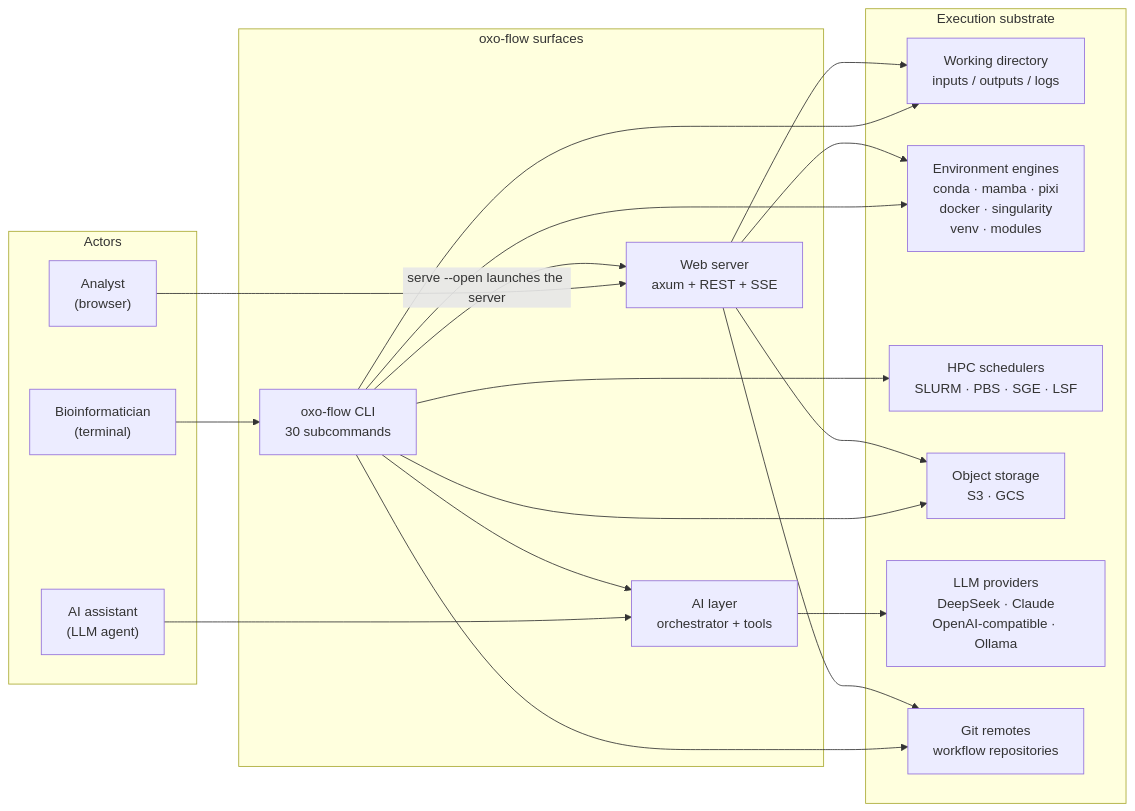
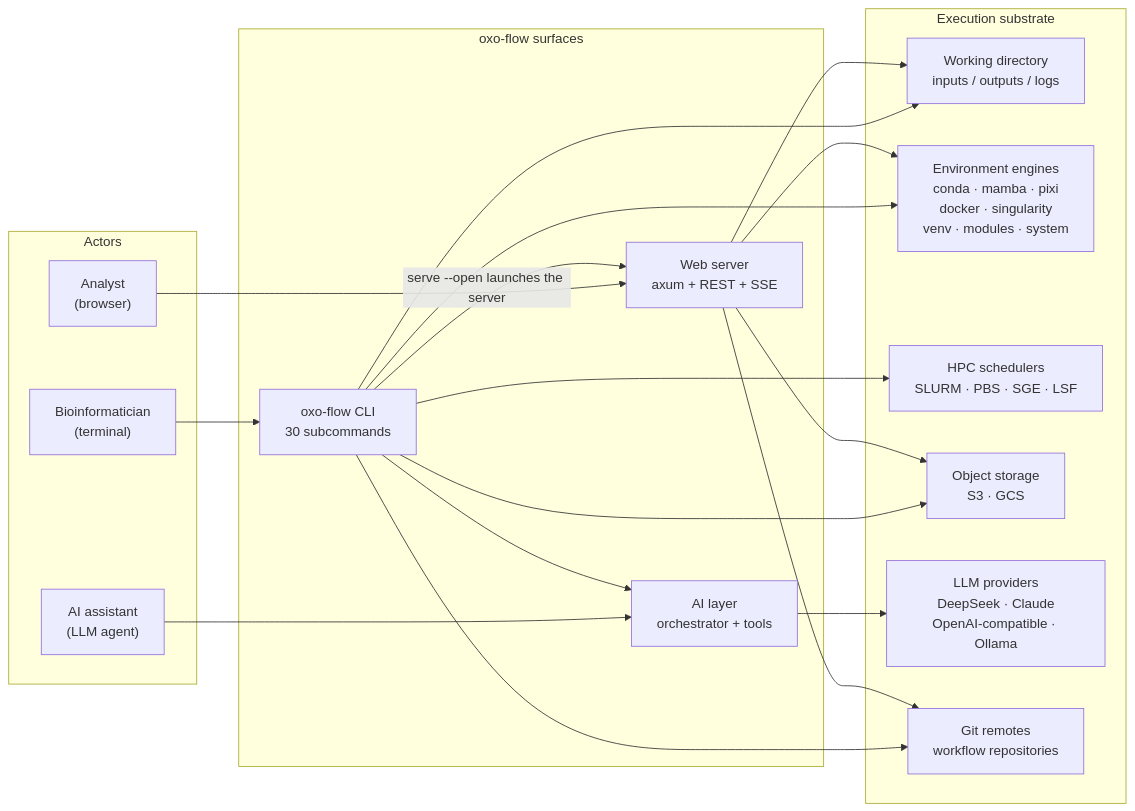
Before and after one commit to Traitome/oxo-flow: the first of 12 diagrams in docs/guide/src/reference/architecture.md, drawn with Mermaid. The commit also changed 48 other files, not shown here.

````diff
--- a/docs/guide/src/reference/architecture.md
+++ b/docs/guide/src/reference/architecture.md
@@ -49,40 +49,40 @@
 ```mermaid
 flowchart LR
     subgraph actors["Actors"]
         bio["Bioinformatician<br/>(terminal)"]
         webuser["Analyst<br/>(browser)"]
         agent["AI assistant<br/>(LLM agent)"]
     end
 
     subgraph surfaces["oxo-flow surfaces"]
         cli["oxo-flow CLI<br/>30 subcommands"]
         web["Web server<br/>axum + REST + SSE"]
         ai["AI layer<br/>orchestrator + tools"]
     end
 
     subgraph world["Execution substrate"]
         fs["Working directory<br/>inputs / outputs / logs"]
-        env["Environment engines<br/>conda · mamba · pixi<br/>docker · singularity<br/>venv · modules"]
+        env["Environment engines<br/>conda · mamba · pixi<br/>docker · singularity<br/>venv · modules · system"]
         hpc["HPC schedulers<br/>SLURM · PBS · SGE · LSF"]
         obj["Object storage<br/>S3 · GCS"]
         llm["LLM providers<br/>DeepSeek · Claude<br/>OpenAI-compatible · Ollama"]
         git["Git remotes<br/>workflow repositories"]
     end
 
     bio --> cli
     webuser --> web
     cli -- "serve --open launches the server" --> web
     agent --> ai
     cli --> ai
 
     cli --> fs
     web --> fs
     cli --> env
     web --> env
     cli --> hpc
     cli --> obj
     web --> obj
     cli --> git
     web --> git
     ai --> llm
 ```
````
